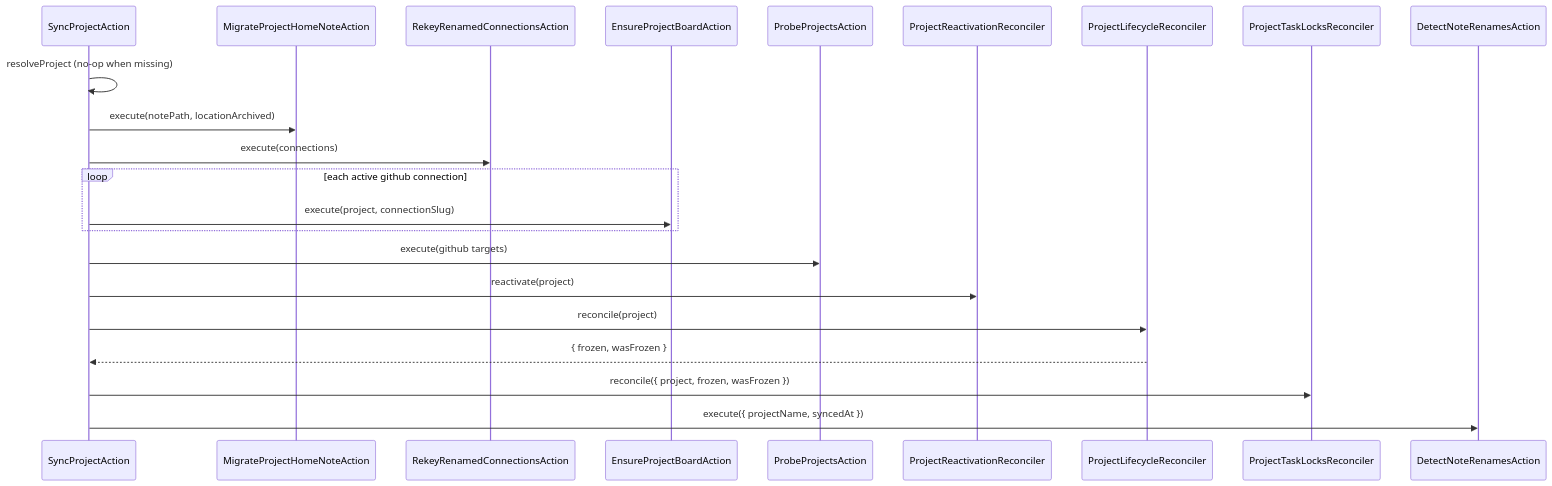
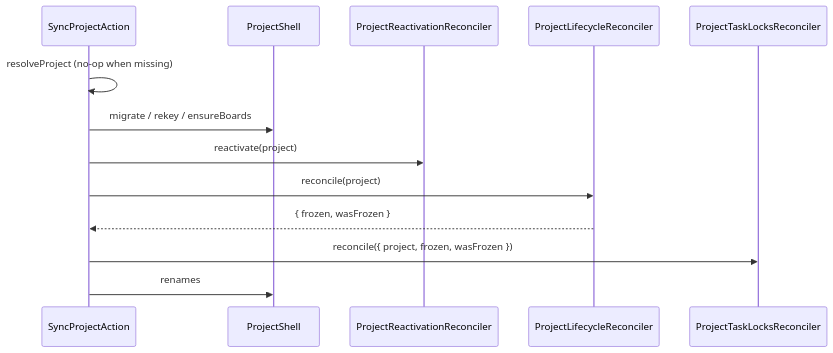
Before and after one commit to 99linesofcode/obsidian-project-management: the second of 18 diagrams in docs/developer-manual.md, drawn with Mermaid. The commit also changed other lines of this file and 29 other files, not shown here.

````diff
--- a/docs/developer-manual.md
+++ b/docs/developer-manual.md
@@ -215,25 +219,16 @@
 ```mermaid
 sequenceDiagram
   participant SP as SyncProjectAction
-  participant Mig as MigrateProjectHomeNoteAction
-  participant Rek as RekeyRenamedConnectionsAction
-  participant Ens as EnsureProjectBoardAction
-  participant Probe as ProbeProjectsAction
+  participant Shell as ProjectShell
   participant React as ProjectReactivationReconciler
   participant Life as ProjectLifecycleReconciler
   participant Lock as ProjectTaskLocksReconciler
-  participant Ren as DetectNoteRenamesAction
 
   SP->>SP: resolveProject (no-op when missing)
-  SP->>Mig: execute(notePath, locationArchived)
-  SP->>Rek: execute(connections)
-  loop each active github connection
-    SP->>Ens: execute(project, connectionSlug)
-  end
-  SP->>Probe: execute(github targets)
+  SP->>Shell: migrate / rekey / ensureBoards
   SP->>React: reactivate(project)
   SP->>Life: reconcile(project)
   Life-->>SP: { frozen, wasFrozen }
   SP->>Lock: reconcile({ project, frozen, wasFrozen })
-  SP->>Ren: execute({ projectName, syncedAt })
+  SP->>Shell: renames
 ```
````
